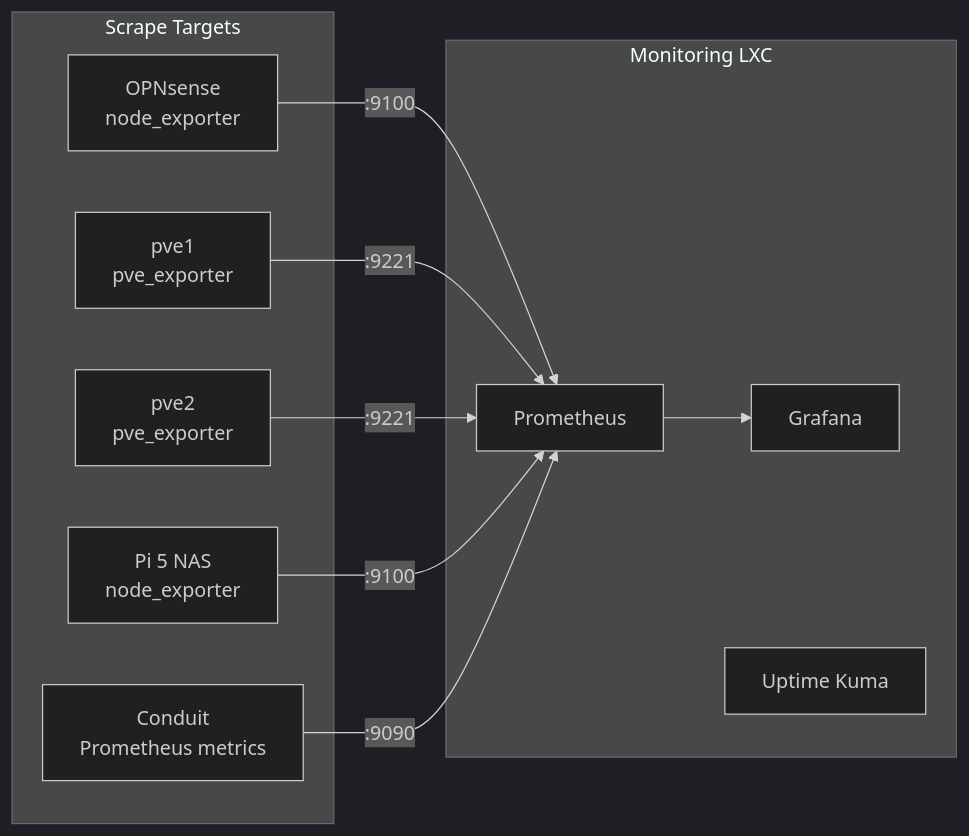
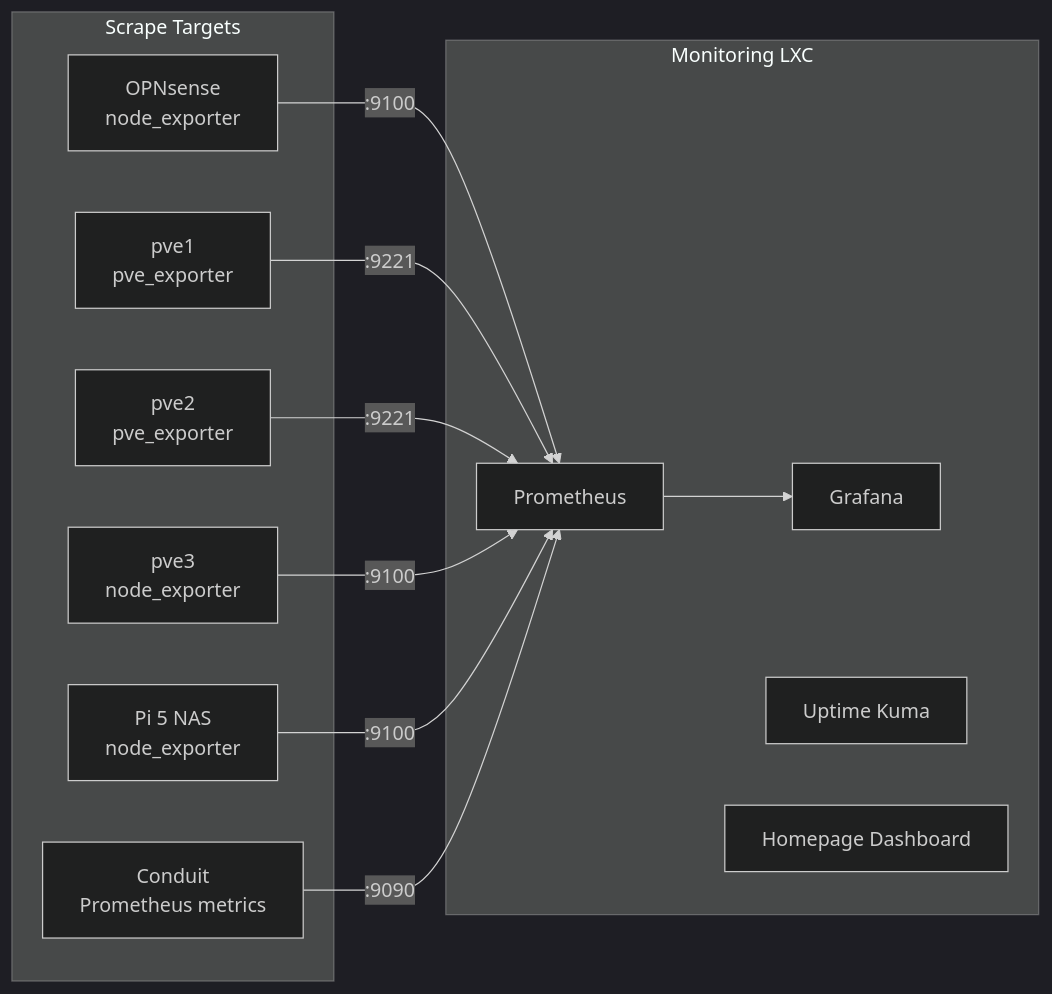
The diagram in docs/setup/monitoring.md (sohrabros/homelab), drawn with Mermaid (dark theme) before and after one commit. The commit also changed other lines of this file and 8 other files, not shown here.

````diff
--- a/docs/setup/monitoring.md
+++ b/docs/setup/monitoring.md
@@ -15,23 +16,26 @@
 ```mermaid
 graph LR
     subgraph TARGETS["Scrape Targets"]
         OPN["OPNsense<br/>node_exporter"]
         PVE1["pve1<br/>pve_exporter"]
         PVE2["pve2<br/>pve_exporter"]
+        PVE3["pve3<br/>node_exporter"]
         NAS["Pi 5 NAS<br/>node_exporter"]
         CONDUIT["Conduit<br/>Prometheus metrics"]
     end
 
     subgraph MON["Monitoring LXC"]
         PROM["Prometheus"]
         GRAF["Grafana"]
         UPTIME["Uptime Kuma"]
+        HOME["Homepage Dashboard"]
     end
 
     OPN -->|":9100"| PROM
     PVE1 -->|":9221"| PROM
     PVE2 -->|":9221"| PROM
+    PVE3 -->|":9100"| PROM
     NAS -->|":9100"| PROM
     CONDUIT -->|":9090"| PROM
     PROM --> GRAF
 ```
````
